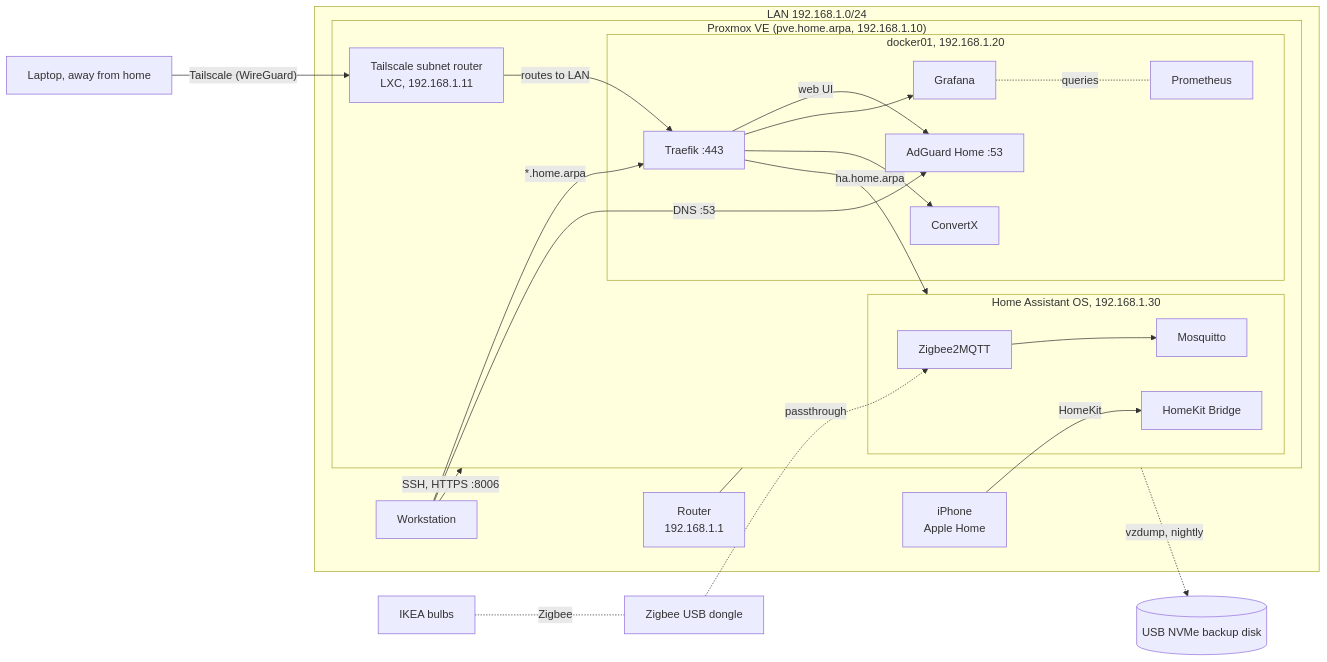
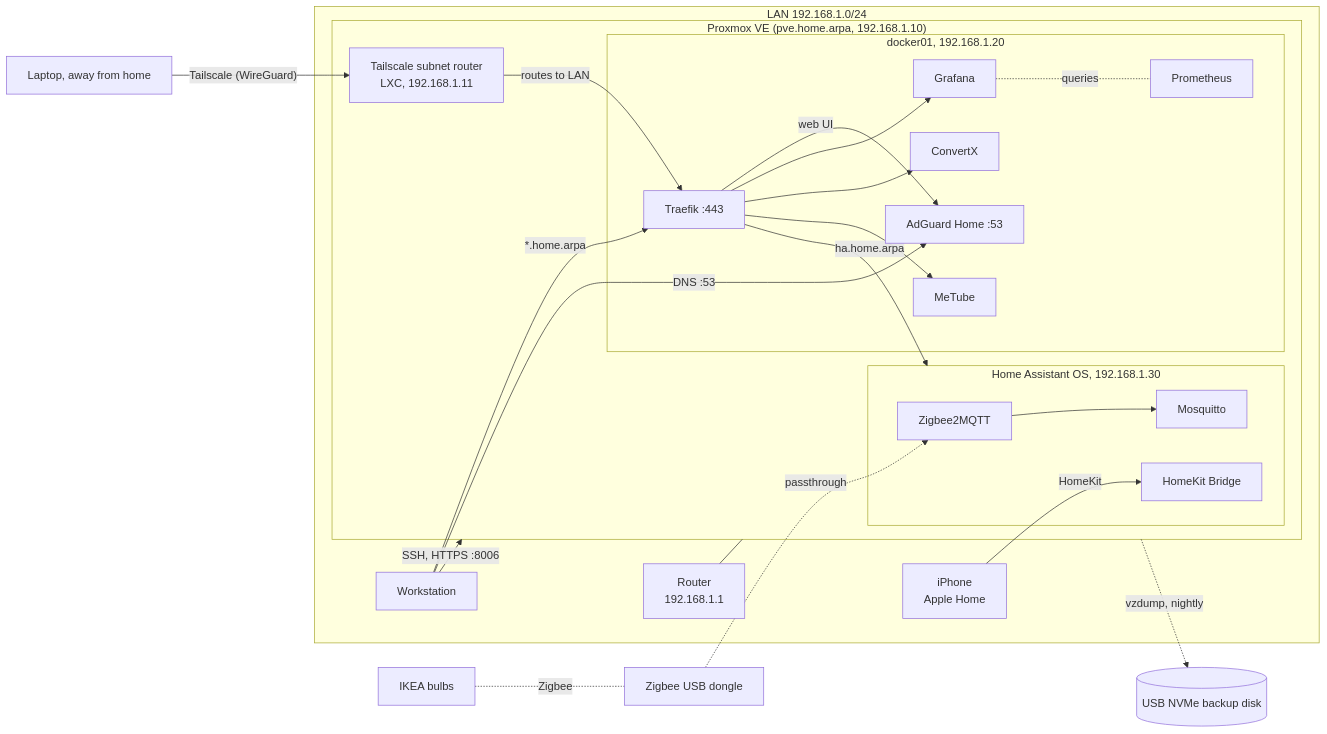
One commit to ralferik/homelab changed the diagram in README.md. Above: the diagram before and after it, drawn with Mermaid. The commit also changed other lines of this file and 4 other files, not shown here.

````diff
--- a/README.md
+++ b/README.md
@@ -14,40 +14,42 @@
 ```mermaid
 flowchart LR
     subgraph LAN["LAN 192.168.1.0/24"]
         router["Router<br/>192.168.1.1"]
         ws["Workstation"]
         phone["iPhone<br/>Apple Home"]
         subgraph pve["Proxmox VE (pve.home.arpa, 192.168.1.10)"]
             ts["Tailscale subnet router<br/>LXC, 192.168.1.11"]
             subgraph docker["docker01, 192.168.1.20"]
                 traefik["Traefik :443"]
                 adguard["AdGuard Home :53"]
                 prom["Prometheus"]
                 grafana["Grafana"]
                 convertx["ConvertX"]
+                metube["MeTube"]
             end
             subgraph haos["Home Assistant OS, 192.168.1.30"]
                 z2m["Zigbee2MQTT"]
                 mqtt["Mosquitto"]
                 homekit["HomeKit Bridge"]
             end
         end
     end
     ws -- "SSH, HTTPS :8006" --> pve
     laptop["Laptop, away from home"] -- "Tailscale (WireGuard)" --> ts
     ts -- "routes to LAN" --> traefik
     ws -- "*.home.arpa" --> traefik
     traefik -- "web UI" --> adguard
     traefik -- "ha.home.arpa" --> haos
     traefik --> grafana
     traefik --> convertx
+    traefik --> metube
     grafana -. "queries" .- prom
     ws -- "DNS :53" --> adguard
     router --- pve
     dongle["Zigbee USB dongle"] -. passthrough .-> z2m
     z2m --> mqtt
     lamps["IKEA bulbs"] -. Zigbee .- dongle
     phone -- "HomeKit" --> homekit
     usbdisk[("USB NVMe backup disk")]
     pve -. "vzdump, nightly" .-> usbdisk
 ```
````
